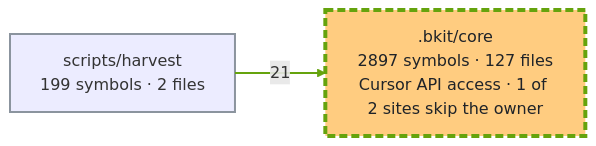
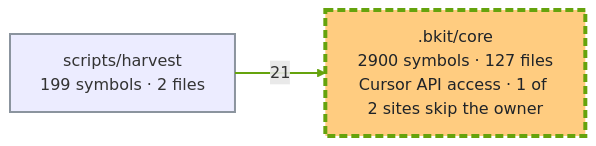
The first of 2 diagrams in docs/capabilities.md (cbartens/bkit), drawn with Mermaid before and after one commit. The commit also changed other lines of this file and 13 other files, not shown here.

First line of the commit message:
feat(tips): tell the owner first, in every workflow, when a newer bkit is out

````diff
--- a/docs/capabilities.md
+++ b/docs/capabilities.md
@@ -150,16 +150,16 @@
 ```mermaid
 ---
 config:
   layout: elk
   flowchart:
     useMaxWidth: false
 ---
 flowchart LR
-  %% Generated by bkit-graphify-rollup.py from 1f3191756a30ffeae19911f6d3fe9fabdd384abb — do not edit
-  n_bkit_core[".bkit/core<br/>2897 symbols · 127 files<br/>Cursor API access · 1 of 2 sites skip the owner"]
+  %% Generated by bkit-graphify-rollup.py from 4cf7a01c11cdbdb5ff0af1db7a4a42b14886ce4e — do not edit
+  n_bkit_core[".bkit/core<br/>2900 symbols · 127 files<br/>Cursor API access · 1 of 2 sites skip the owner"]
   nscripts_harvest["scripts/harvest<br/>199 symbols · 2 files"]
   nscripts_harvest -->|21| n_bkit_core
   style n_bkit_core stroke:#65a30d,stroke-width:4px,stroke-dasharray:8 4,fill:#ffcc80,color:#1f2328
   style nscripts_harvest stroke:#8b949e,stroke-width:2px
   linkStyle 0 stroke:#65a30d,stroke-width:2px
 ```
````
